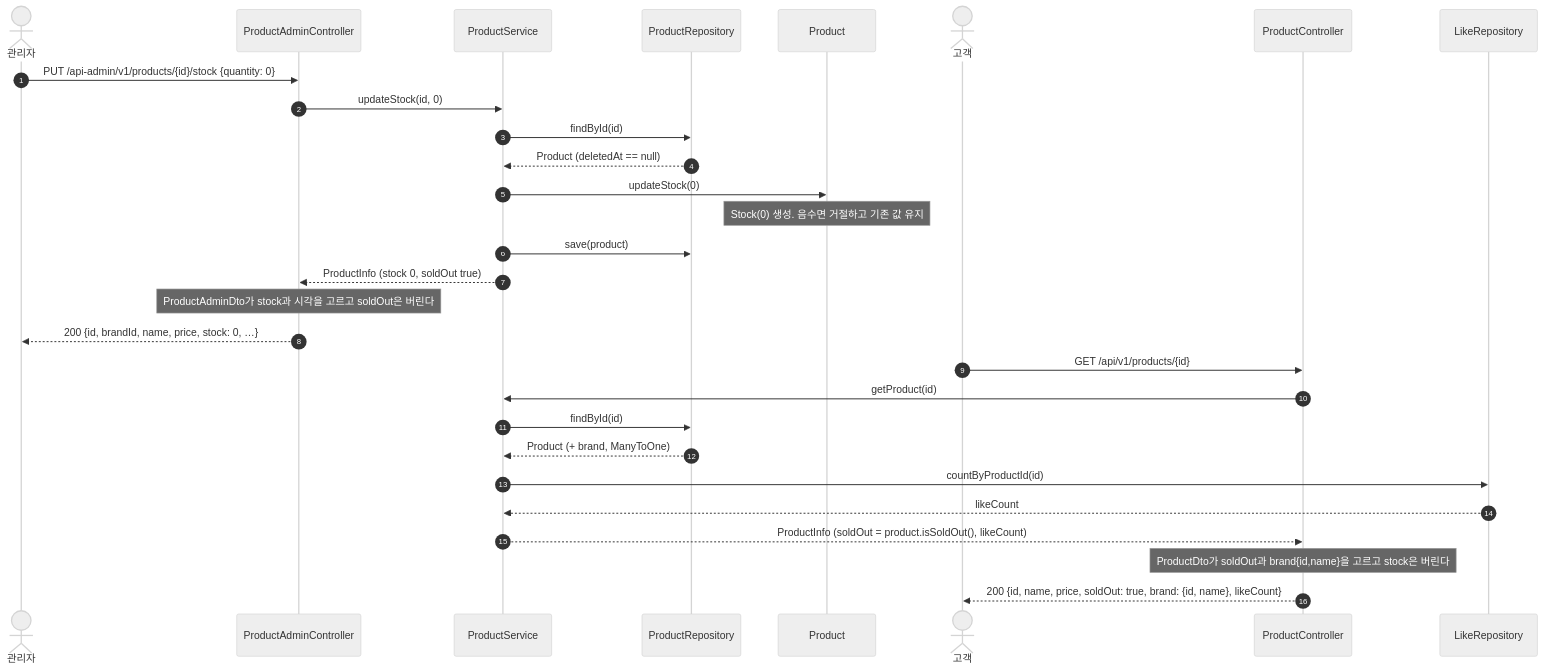
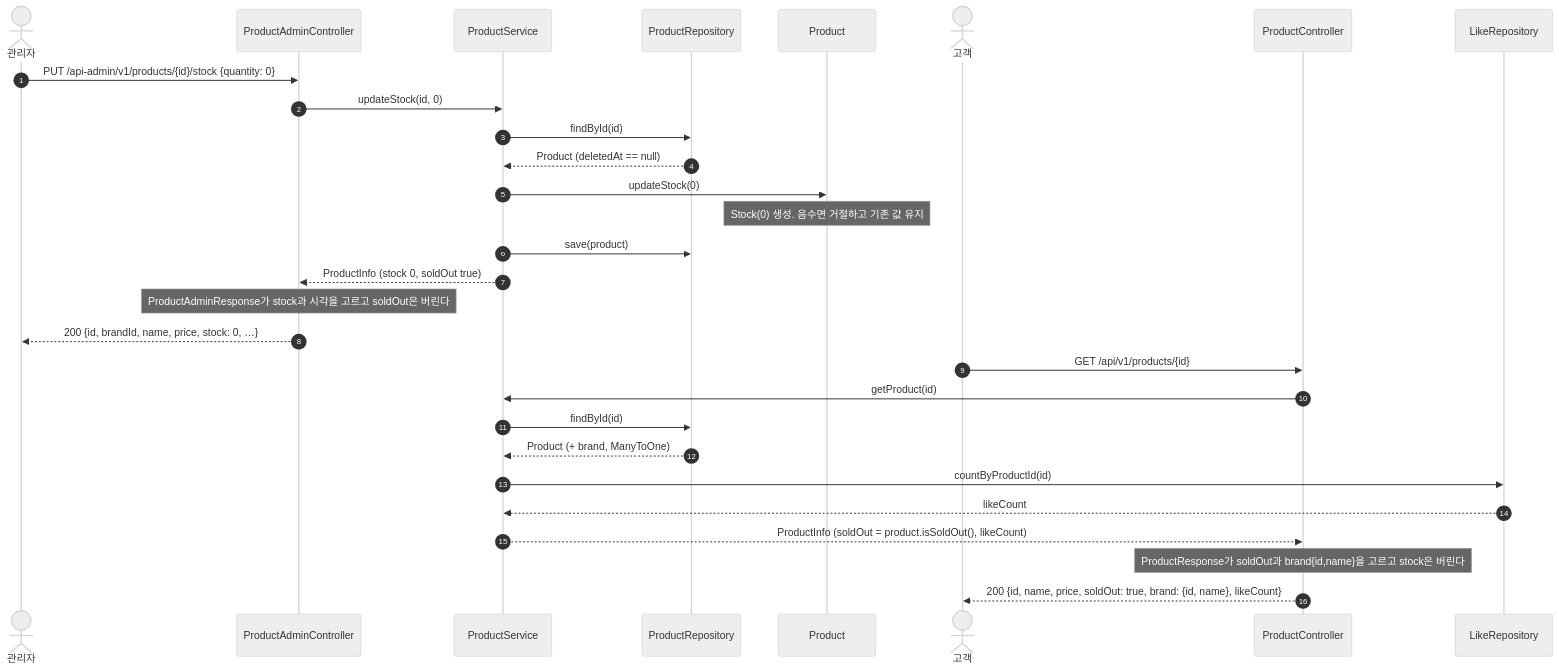
The third of 3 diagrams in docs/design/catalog.md (giwankim/loop-pack-be-l2-vol5-kotlin), drawn with Mermaid (neutral theme) before and after one commit. The commit also changed other lines of this file, not shown here.

````diff
--- a/docs/design/catalog.md
+++ b/docs/design/catalog.md
@@ -127,33 +127,33 @@
 ```mermaid
 sequenceDiagram
     autonumber
     actor Admin as 관리자
     participant AC as ProductAdminController
     participant PF as ProductService
     participant PR as ProductRepository
     participant P as Product
     actor Customer as 고객
     participant CC as ProductController
     participant LR as LikeRepository
 
     Admin->>AC: PUT /api-admin/v1/products/{id}/stock {quantity: 0}
     AC->>PF: updateStock(id, 0)
     PF->>PR: findById(id)
     PR-->>PF: Product (deletedAt == null)
     PF->>P: updateStock(0)
     Note over P: Stock(0) 생성. 음수면 거절하고 기존 값 유지
     PF->>PR: save(product)
     PF-->>AC: ProductInfo (stock 0, soldOut true)
-    Note over AC: ProductAdminDto가 stock과 시각을 고르고 soldOut은 버린다
+    Note over AC: ProductAdminResponse가 stock과 시각을 고르고 soldOut은 버린다
     AC-->>Admin: 200 {id, brandId, name, price, stock: 0, …}
 
     Customer->>CC: GET /api/v1/products/{id}
     CC->>PF: getProduct(id)
     PF->>PR: findById(id)
     PR-->>PF: Product (+ brand, ManyToOne)
     PF->>LR: countByProductId(id)
     LR-->>PF: likeCount
     PF-->>CC: ProductInfo (soldOut = product.isSoldOut(), likeCount)
-    Note over CC: ProductDto가 soldOut과 brand{id,name}을 고르고 stock은 버린다
+    Note over CC: ProductResponse가 soldOut과 brand{id,name}을 고르고 stock은 버린다
     CC-->>Customer: 200 {id, name, price, soldOut: true, brand: {id, name}, likeCount}
 ```
````
